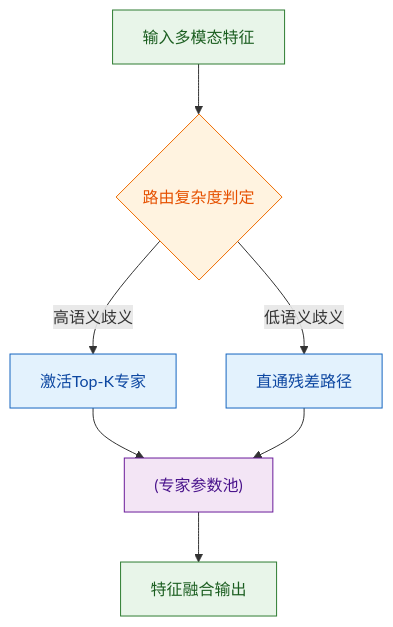
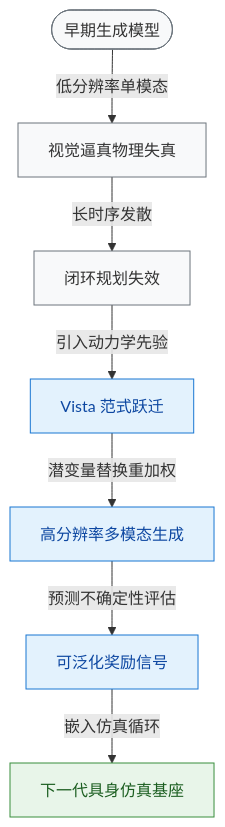
Before and after one commit to ShinewineW/paper-rolling: the tenth of 10 diagrams in person_vault/2026-06-08_Vista_2405.17398/report.md, drawn with Mermaid. The commit also changed other lines of this file and 51 other files, not shown here.

````diff
--- a/person_vault/2026-06-08_Vista_2405.17398/report.md
+++ b/person_vault/2026-06-08_Vista_2405.17398/report.md
@@ -445,14 +618,17 @@
 ```mermaid
-flowchart TB
-    classDef startend fill:#e8f5e9,stroke:#2e7d32,color:#1b5e20;
-    classDef decision fill:#fff3e0,stroke:#ef6c00,color:#e65100;
-    classDef process fill:#e3f2fd,stroke:#1565c0,color:#0d47a1;
-    classDef data fill:#f3e5f5,stroke:#6a1b9a,color:#4a148c;
+flowchart TD
+    classDef legacy fill:#f8f9fa,stroke:#6c757d,color:#333
+    classDef vista fill:#e3f2fd,stroke:#1976d2,color:#0d47a1
+    classDef future fill:#e8f5e9,stroke:#388e3c,color:#1b5e20
 
-    input_feat["输入多模态特征"]:::startend --> route_gate{路由复杂度判定}:::decision
-    route_gate -->|高语义歧义| activate_topk["激活Top-K专家"]:::process
-    route_gate -->|低语义歧义| bypass_path["直通残差路径"]:::process
-    activate_topk --> expert_pool["(专家参数池)"]:::data
-    bypass_path --> expert_pool
-    expert_pool --> fuse_out["特征融合输出"]:::startend
+    early_gen_model(["早期生成模型"]) -->|低分辨率单模态| visual_fidelity_gap["视觉逼真物理失真"]
+    visual_fidelity_gap -->|长时序发散| closed_loop_fail["闭环规划失效"]
+    closed_loop_fail -->|引入动力学先验| vista_paradigm_shift["Vista 范式跃迁"]
+    vista_paradigm_shift -->|潜变量替换重加权| high_res_gen["高分辨率多模态生成"]
+    high_res_gen -->|预测不确定性评估| generalizable_reward["可泛化奖励信号"]
+    generalizable_reward -->|嵌入仿真循环| embodied_sim_base["下一代具身仿真基座"]
+
+    class early_gen_model,visual_fidelity_gap,closed_loop_fail legacy
+    class vista_paradigm_shift,high_res_gen,generalizable_reward vista
+    class embodied_sim_base future
 ```
````
